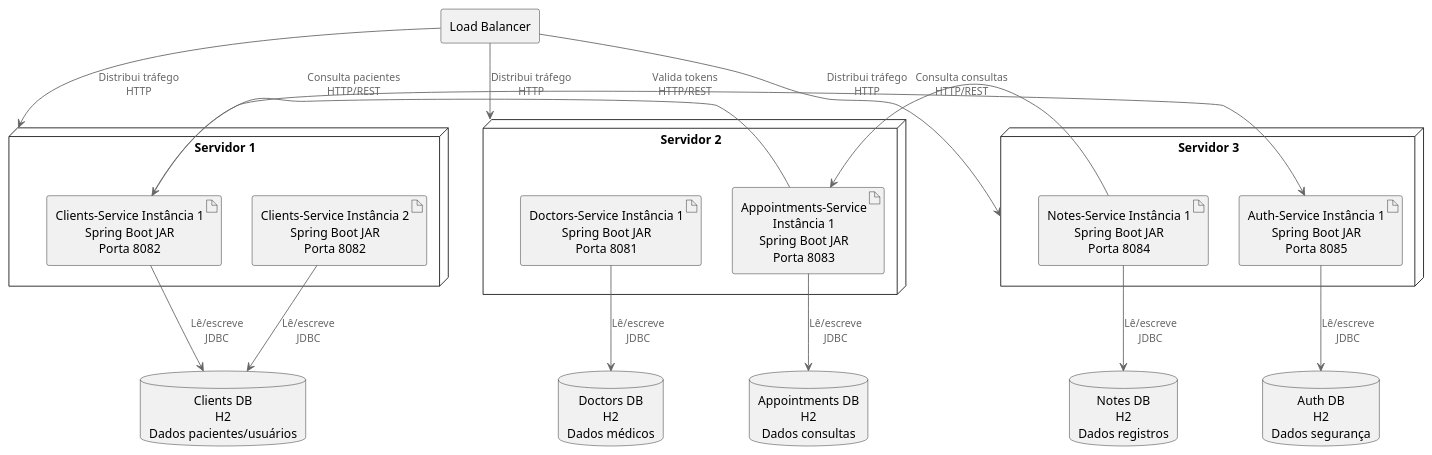
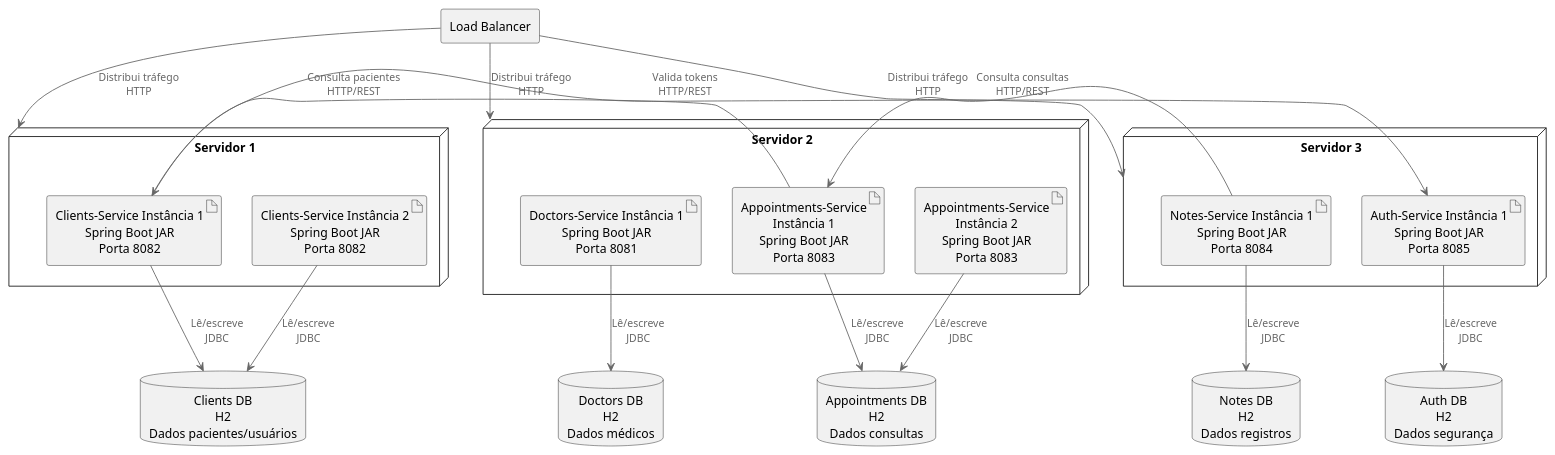
One commit to LucasSantanaAraujo/Distributed-System-Healthcare-Administration-Platform changed the diagram in architecture/Physical_View_Diagram.puml. Above: the diagram before and after it, drawn with PlantUML.

Commit message:
correção no physical diagrama

```diff
--- a/architecture/Physical_View_Diagram.puml
+++ b/architecture/Physical_View_Diagram.puml
@@ -1,46 +1,48 @@
 @startuml Physical View - Deployment Diagram (HAP)
 !include https://raw.githubusercontent.com/plantuml-stdlib/C4-PlantUML/master/C4_Container.puml
 
 ' Servidores genéricos (para implantação física)
 node "Servidor 1" as server1 {
     artifact "Clients-Service Instância 1\nSpring Boot JAR\nPorta 8082" as clients_inst1
     artifact "Clients-Service Instância 2\nSpring Boot JAR\nPorta 8082" as clients_inst2
 }
 
 node "Servidor 2" as server2 {
     artifact "Doctors-Service Instância 1\nSpring Boot JAR\nPorta 8081" as doctors_inst1
     artifact "Appointments-Service Instância 1\nSpring Boot JAR\nPorta 8083" as appointments_inst1
+    artifact "Appointments-Service Instância 2\nSpring Boot JAR\nPorta 8083" as appointments_inst2
 }
 
 node "Servidor 3" as server3 {
     artifact "Notes-Service Instância 1\nSpring Boot JAR\nPorta 8084" as notes_inst1
     artifact "Auth-Service Instância 1\nSpring Boot JAR\nPorta 8085" as auth_inst1
 }
 
 ' DBs H2 isolados (único DB usado)
 database "Clients DB\nH2\nDados pacientes/usuários" as clients_db
 database "Doctors DB\nH2\nDados médicos" as doctors_db
 database "Appointments DB\nH2\nDados consultas" as appointments_db
 database "Notes DB\nH2\nDados registros" as notes_db
 database "Auth DB\nH2\nDados segurança" as auth_db
 
 ' Load Balancer genérico
 rectangle "Load Balancer" as lb
 
-' Relacionamentos
+' Relações
 lb --> server1 : Distribui tráfego\nHTTP
 lb --> server2 : Distribui tráfego\nHTTP
 lb --> server3 : Distribui tráfego\nHTTP
 
 clients_inst1 --> clients_db : Lê/escreve\nJDBC
 clients_inst2 --> clients_db : Lê/escreve\nJDBC
 doctors_inst1 --> doctors_db : Lê/escreve\nJDBC
 appointments_inst1 --> appointments_db : Lê/escreve\nJDBC
+appointments_inst2 --> appointments_db : Lê/escreve\nJDBC
 notes_inst1 --> notes_db : Lê/escreve\nJDBC
 auth_inst1 --> auth_db : Lê/escreve\nJDBC
 
 ' Comunicação entre serviços
 clients_inst1 --> auth_inst1 : Valida tokens\nHTTP/REST
 appointments_inst1 --> clients_inst1 : Consulta pacientes\nHTTP/REST
 notes_inst1 --> appointments_inst1 : Consulta consultas\nHTTP/REST
 @enduml
```
